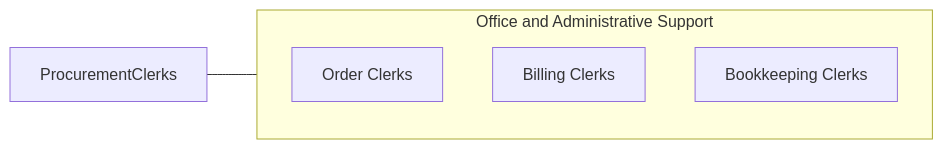
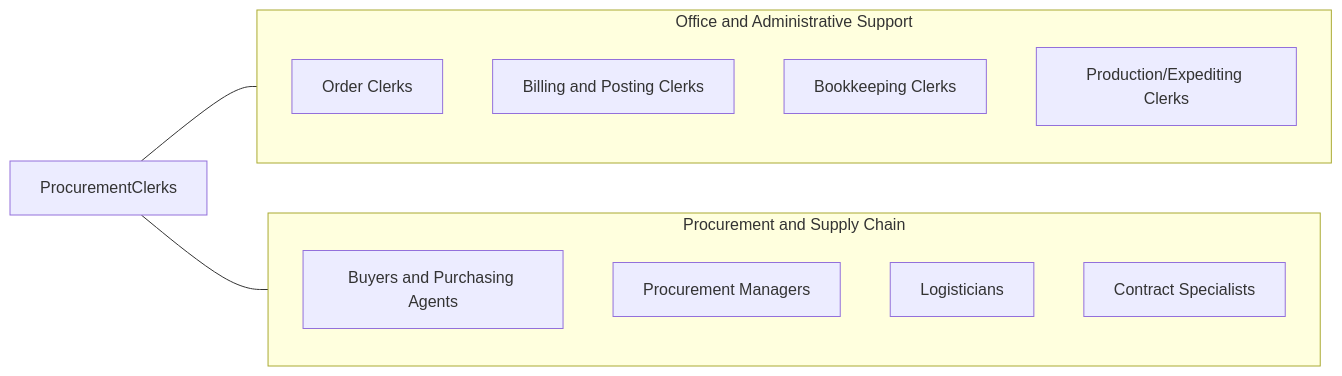
One commit to kziemski/business.org.ai changed the fourth of 4 diagrams in occupations/Administrative/ProcurementClerks.mdx. Above: the diagram before and after it, drawn with Mermaid. The commit also changed other lines of this file and 19 other files, not shown here.

````diff
--- a/occupations/Administrative/ProcurementClerks.mdx
+++ b/occupations/Administrative/ProcurementClerks.mdx
@@ -100,10 +304,21 @@
 ```mermaid
 graph LR
     Current["ProcurementClerks"]
+
     subgraph SameCategory["Office and Administrative Support"]
         ROrderClerks["Order Clerks"]
-        RBillingClerks["Billing Clerks"]
+        RBillingClerks["Billing and Posting Clerks"]
         RBookkeepingClerks["Bookkeeping Clerks"]
+        RProductionClerks["Production/Expediting Clerks"]
     end
+
+    subgraph CrossFunctional["Procurement and Supply Chain"]
+        RBuyers["Buyers and Purchasing Agents"]
+        RProcurementManagers["Procurement Managers"]
+        RLogisticians["Logisticians"]
+        RContractSpecialists["Contract Specialists"]
+    end
+
     Current --- SameCategory
+    Current --- CrossFunctional
 ```
````
